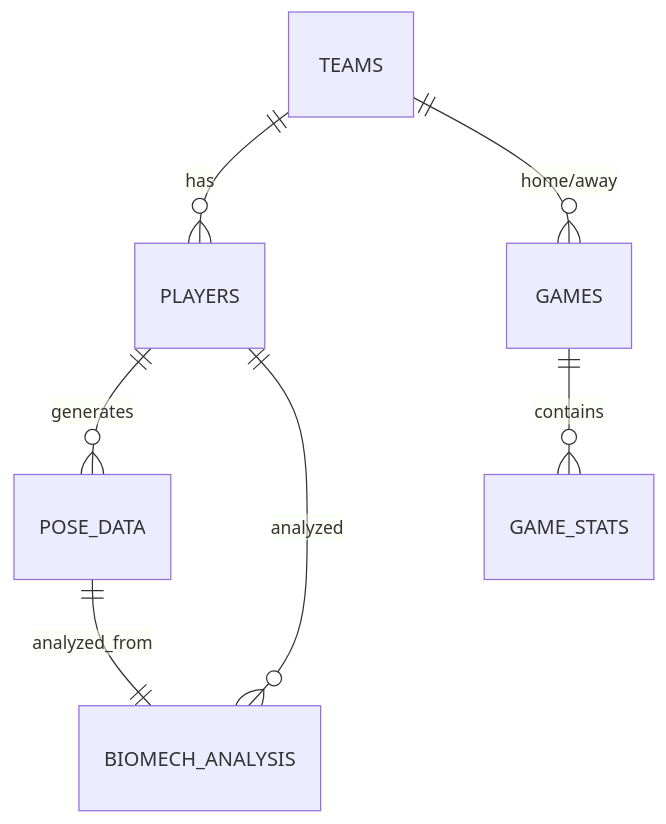
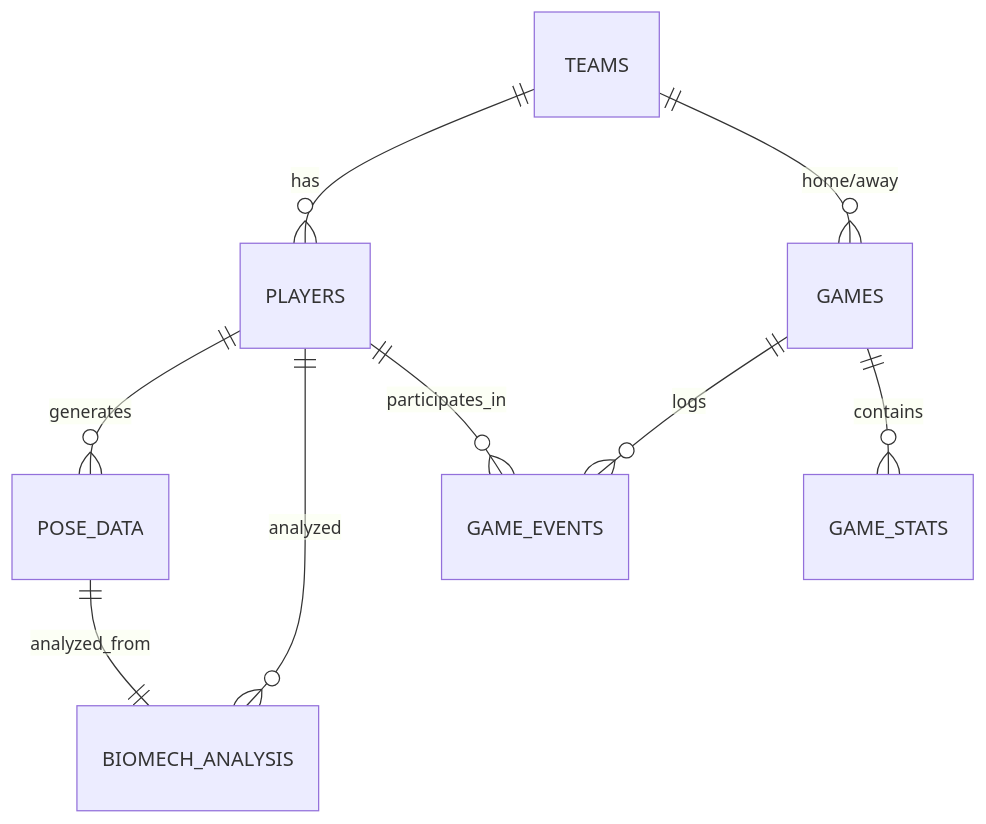
One commit to ahump20/Blaze-College-Baseball changed the diagram in docs/DATA_MODELS.md. Above: the diagram before and after it, drawn with Mermaid. The commit also changed other lines of this file and 1 other file, not shown here.

Commit message:
Document game events data model

````diff
--- a/docs/DATA_MODELS.md
+++ b/docs/DATA_MODELS.md
@@ -11,9 +11,11 @@
 ```mermaid
 erDiagram
     TEAMS ||--o{ PLAYERS : has
     TEAMS ||--o{ GAMES : "home/away"
+    GAMES ||--o{ GAME_EVENTS : logs
     PLAYERS ||--o{ POSE_DATA : generates
     PLAYERS ||--o{ BIOMECH_ANALYSIS : analyzed
     GAMES ||--o{ GAME_STATS : contains
+    PLAYERS ||--o{ GAME_EVENTS : participates_in
     POSE_DATA ||--|| BIOMECH_ANALYSIS : analyzed_from
 ```
````
